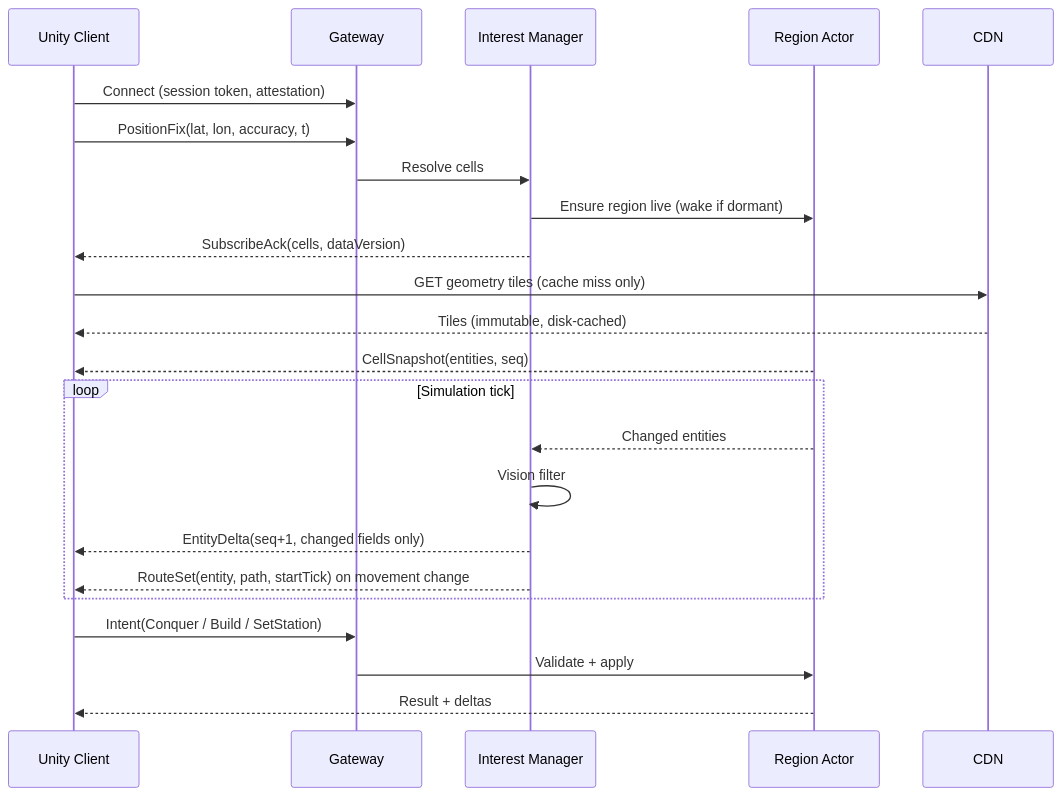
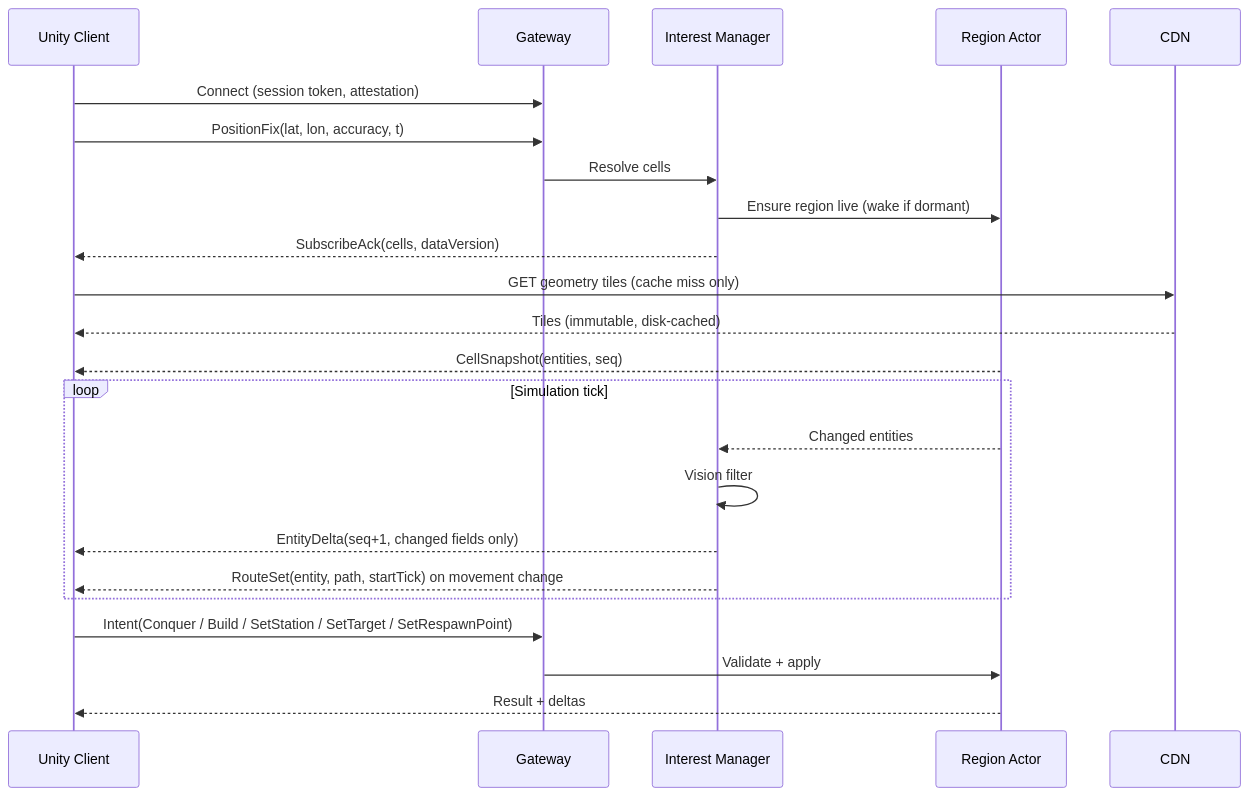
The diagram in docs/architecture/streaming.md (jhofer/ar-map-game), drawn with Mermaid before and after one commit. The commit also changed other lines of this file and 14 other files, not shown here.

````diff
--- a/docs/architecture/streaming.md
+++ b/docs/architecture/streaming.md
@@ -69,26 +71,26 @@
 ```mermaid
 sequenceDiagram
     participant C as Unity Client
     participant G as Gateway
     participant IM as Interest Manager
     participant R as Region Actor
     participant CDN as CDN
 
     C->>G: Connect (session token, attestation)
     C->>G: PositionFix(lat, lon, accuracy, t)
     G->>IM: Resolve cells
     IM->>R: Ensure region live (wake if dormant)
     IM-->>C: SubscribeAck(cells, dataVersion)
     C->>CDN: GET geometry tiles (cache miss only)
     CDN-->>C: Tiles (immutable, disk-cached)
     R-->>C: CellSnapshot(entities, seq)
     loop Simulation tick
         R-->>IM: Changed entities
         IM->>IM: Vision filter
         IM-->>C: EntityDelta(seq+1, changed fields only)
         IM-->>C: RouteSet(entity, path, startTick) on movement change
     end
-    C->>G: Intent(Conquer / Build / SetStation)
+    C->>G: Intent(Conquer / Build / SetStation / SetTarget / SetRespawnPoint)
     G->>R: Validate + apply
     R-->>C: Result + deltas
 ```
````
